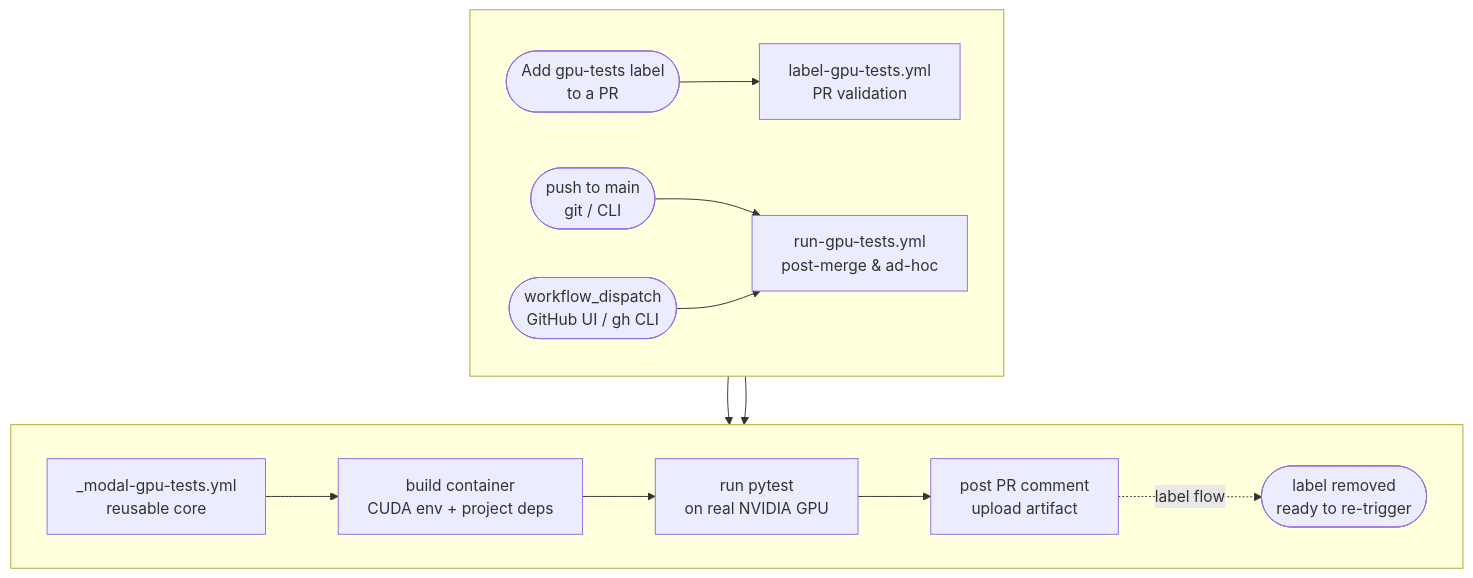
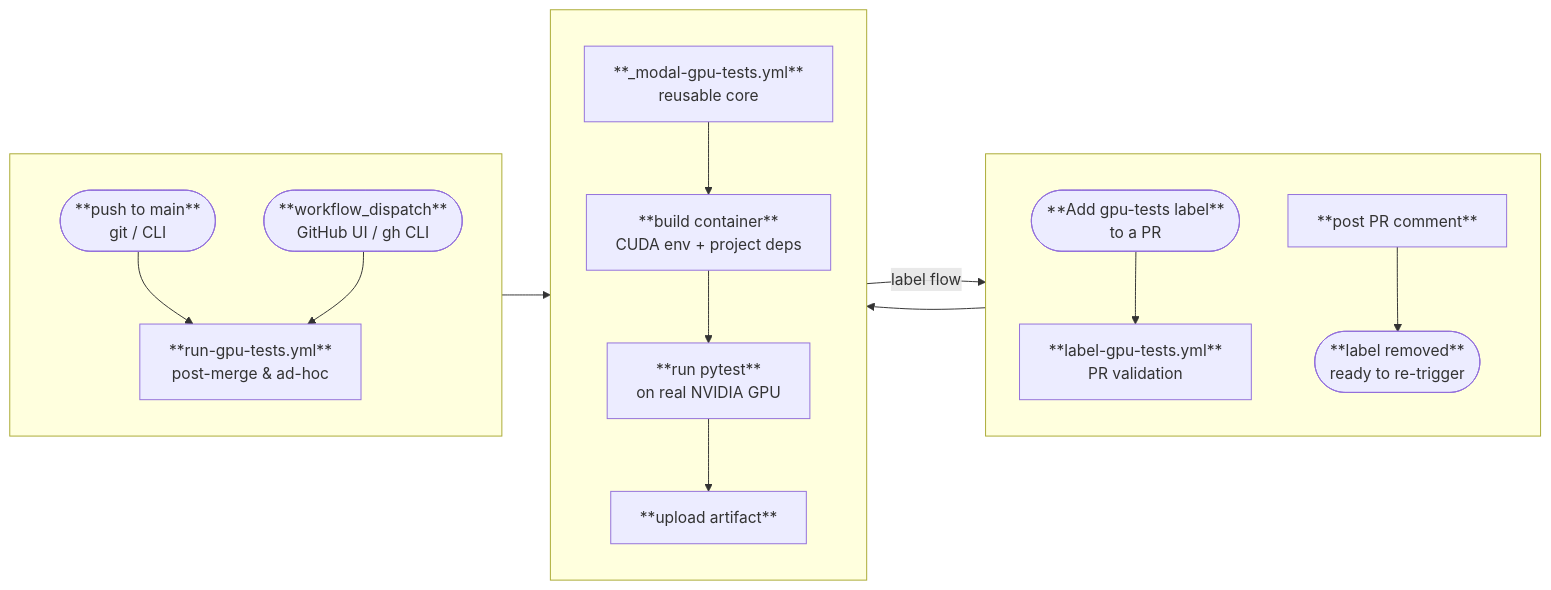
Before and after one commit to Borda/affordable-GPU-CI: the diagram in README.md, drawn with Mermaid.

Commit message:
update GPU workflow diagram with improved layout and clarity

````diff
--- a/README.md
+++ b/README.md
@@ -19,17 +19,22 @@
 ```mermaid
-flowchart TB
-    subgraph triggers [" "]
-        direction LR
-        A([Add gpu-tests label\n to a PR]) --> B[label-gpu-tests.yml\n PR validation]
-        C([push to main\n git / CLI]) --> D[run-gpu-tests.yml\n post-merge & ad-hoc]
-        E([workflow_dispatch\n GitHub UI / gh CLI]) --> D
+flowchart LR
+    subgraph left [" "]
+        direction TB
+        A([**Add gpu-tests label**\n to a PR]) --> B[**label-gpu-tests.yml**\n PR validation]
+        K[**post PR comment**] --> J([**label removed**\n ready to re-trigger])
     end
-    subgraph execution [" "]
-        direction LR
-        F[_modal-gpu-tests.yml\n reusable core] --> G[build container\n CUDA env + project deps]
-        G --> H[run pytest\n on real NVIDIA GPU]
-        H --> I[post PR comment\n upload artifact]
-        I -.->|label flow| J([label removed\n ready to re-trigger])
+    subgraph mid [" "]
+        direction TB
+        F[**_modal-gpu-tests.yml**\n reusable core] --> G[**build container**\n CUDA env + project deps]
+        G --> H[**run pytest**\n on real NVIDIA GPU]
+        H --> I[**upload artifact**]
     end
-    B & D --> F
+    subgraph right [" "]
+        direction TB
+        C([**push to main**\n git / CLI]) --> D[**run-gpu-tests.yml**\n post-merge & ad-hoc]
+        E([**workflow_dispatch**\n GitHub UI / gh CLI]) --> D
+    end
+    B --> F
+    D --> F
+    I -->|label flow| K
 ```
````
